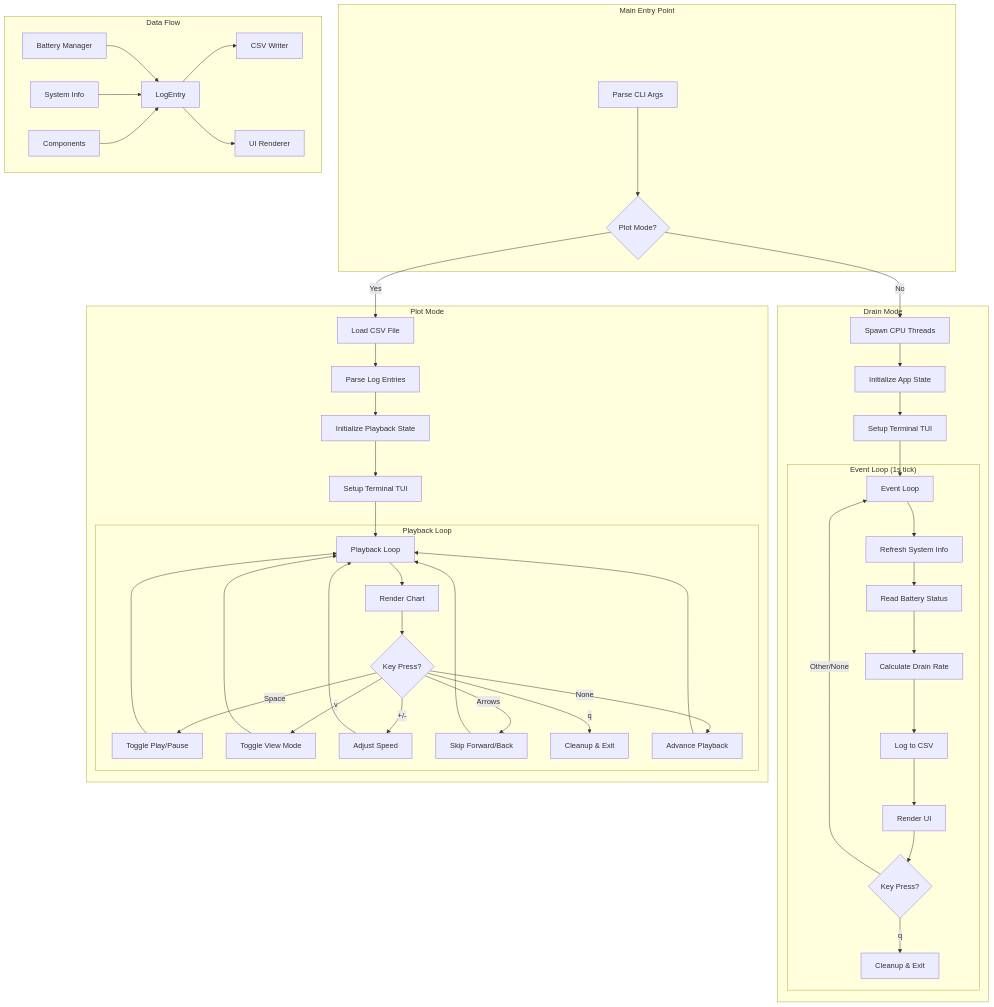
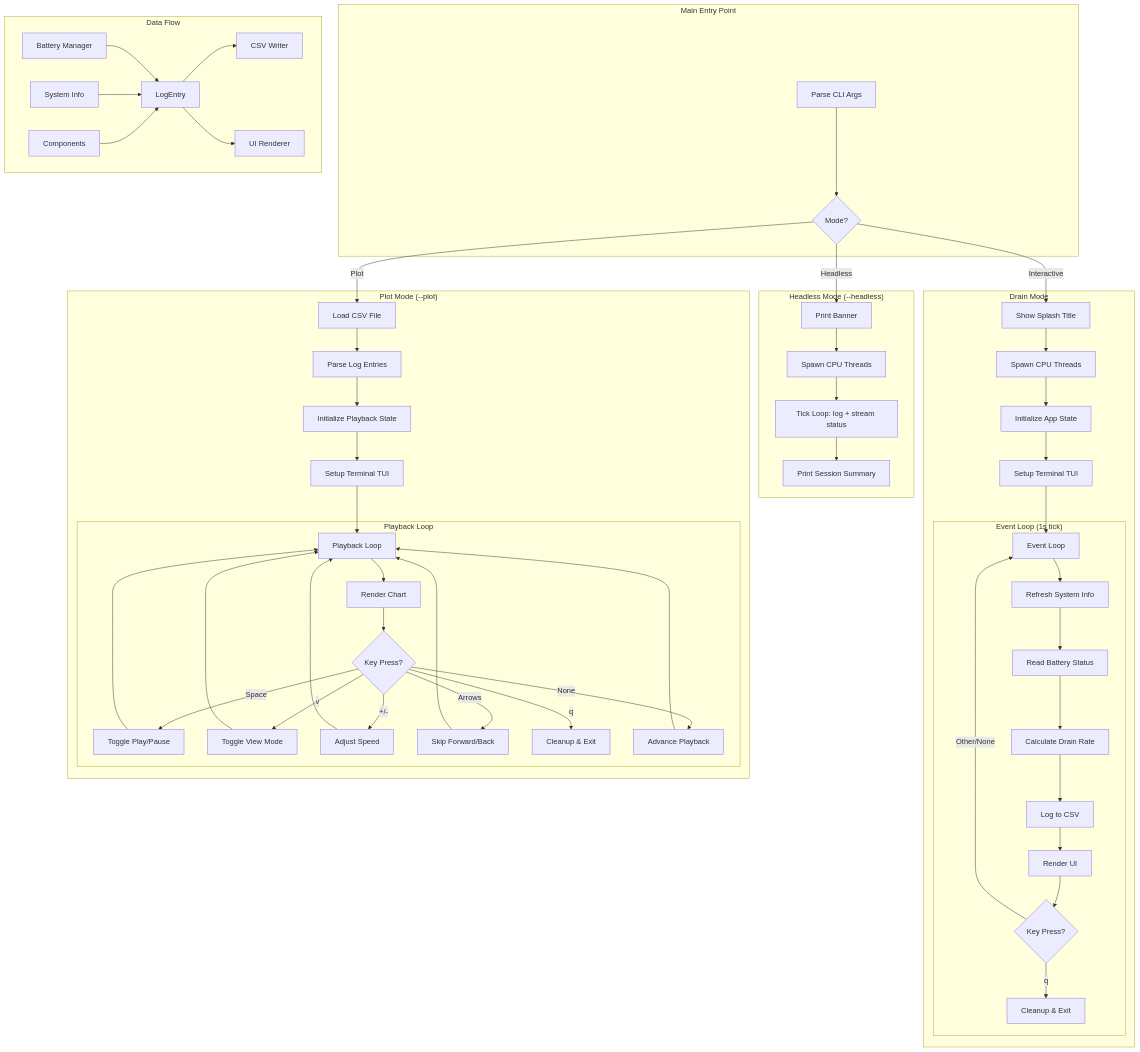
The diagram in battery-drainer/README.md (iamteedoh/batteryDrainTest), drawn with Mermaid before and after one commit. The commit also changed other lines of this file and 4 other files, not shown here.

First line of the commit message:
feat: big splash title, headless mode, and load controls (#5)

````diff
--- a/battery-drainer/README.md
+++ b/battery-drainer/README.md
@@ -51,57 +62,63 @@
 ```mermaid
 flowchart TB
     subgraph Main["Main Entry Point"]
-        A[Parse CLI Args] --> B{Plot Mode?}
+        A[Parse CLI Args] --> B{Mode?}
+    end
+
+    subgraph HeadlessMode["Headless Mode (--headless)"]
+        B -->|Headless| HA[Print Banner] --> HB[Spawn CPU Threads]
+        HB --> HC[Tick Loop: log + stream status]
+        HC --> HD[Print Session Summary]
     end
 
     subgraph DrainMode["Drain Mode"]
-        B -->|No| C[Spawn CPU Threads]
+        B -->|Interactive| SP[Show Splash Title] --> C[Spawn CPU Threads]
         C --> D[Initialize App State]
         D --> E[Setup Terminal TUI]
         E --> F[Event Loop]
 
         subgraph EventLoop["Event Loop (1s tick)"]
             F --> G[Refresh System Info]
             G --> H[Read Battery Status]
             H --> I[Calculate Drain Rate]
             I --> J[Log to CSV]
             J --> K[Render UI]
             K --> L{Key Press?}
             L -->|q| M[Cleanup & Exit]
             L -->|Other/None| F
         end
     end
 
-    subgraph PlotMode["Plot Mode"]
-        B -->|Yes| N[Load CSV File]
+    subgraph PlotMode["Plot Mode (--plot)"]
+        B -->|Plot| N[Load CSV File]
         N --> O[Parse Log Entries]
         O --> P[Initialize Playback State]
         P --> Q[Setup Terminal TUI]
         Q --> R[Playback Loop]
 
         subgraph PlaybackLoop["Playback Loop"]
             R --> S[Render Chart]
             S --> T{Key Press?}
             T -->|Space| U[Toggle Play/Pause]
             T -->|v| V[Toggle View Mode]
             T -->|+/-| W[Adjust Speed]
             T -->|Arrows| X[Skip Forward/Back]
             T -->|q| Y[Cleanup & Exit]
             T -->|None| Z[Advance Playback]
             U --> R
             V --> R
             W --> R
             X --> R
             Z --> R
         end
     end
 
     subgraph DataFlow["Data Flow"]
         direction LR
         AA[Battery Manager] --> BB[LogEntry]
         CC[System Info] --> BB
         DD[Components] --> BB
         BB --> EE[CSV Writer]
         BB --> FF[UI Renderer]
     end
 ```
````
